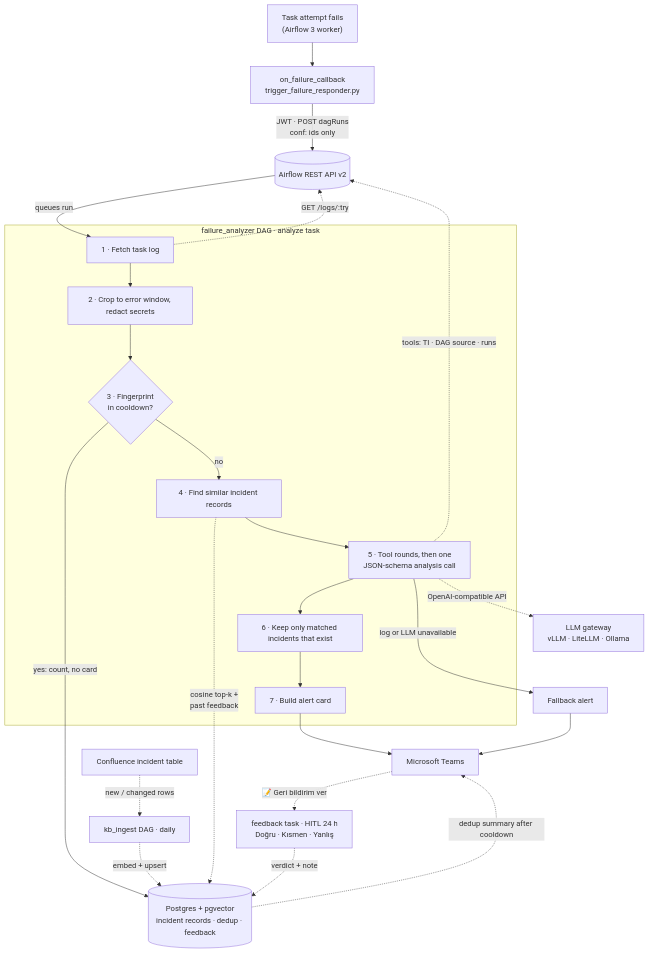
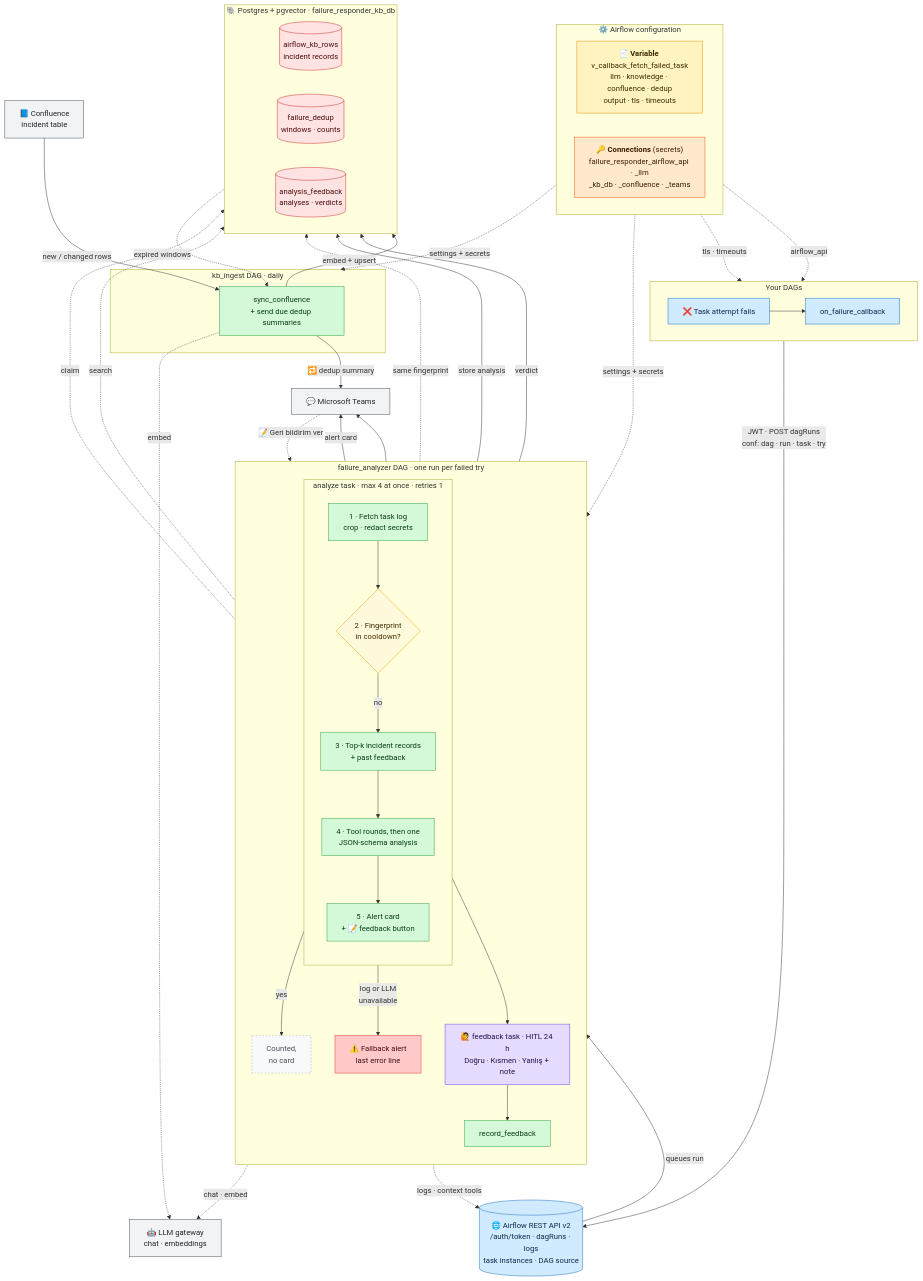
The diagram in README.md (simsektalha/airflow-alert-system), drawn with Mermaid before and after one commit. The commit also changed other lines of this file, not shown here.

Commit message:
docs: one detailed, colored flow diagram in the README
Shows where config comes from (Variable fields, the five Connections and
which component reads them), the callback trigger, the failure_analyzer
tasks, the three Postgres tables and who reads/writes them, kb_ingest,
the LLM gateway, Teams and the feedback loop. Replaces the two smaller
diagrams.

Claude-Session: https://claude.ai/code/session_01RZ6KfQvzTQMGVEm1hfoVWA

````diff
--- a/README.md
+++ b/README.md
@@ -11,31 +11,99 @@
 ```mermaid
 flowchart TB
-    fail["Task attempt fails<br/>(Airflow 3 worker)"] --> cb["on_failure_callback<br/>trigger_failure_responder.py"]
-    cb -- "JWT · POST dagRuns<br/>conf: ids only" --> api[("Airflow REST API v2")]
-    api -- "queues run" --> fetch
+    subgraph CFG["⚙️ Airflow configuration"]
+        direction LR
+        VAR["📄 <b>Variable</b> v_callback_fetch_failed_task<br/>llm · knowledge · confluence · dedup<br/>output · tls · timeouts"]
+        CONNS["🔑 <b>Connections</b> (secrets)<br/>failure_responder_airflow_api · _llm<br/>_kb_db · _confluence · _teams"]
+    end
 
-    subgraph analyzer["failure_analyzer DAG · analyze task"]
-        fetch["1 · Fetch task log"] --> crop["2 · Crop to error window, redact secrets"]
-        crop --> dedup{"3 · Fingerprint<br/>in cooldown?"}
-        dedup -- "no" --> find["4 · Find similar incident records"]
-        find --> llm["5 · Tool rounds, then one<br/>JSON-schema analysis call"]
-        llm --> map["6 · Keep only matched incidents that exist"]
-        map --> card["7 · Build alert card"]
+    subgraph YOURS["Your DAGs"]
+        direction LR
+        TASK["❌ Task attempt fails"] --> CB["on_failure_callback"]
     end
-    dedup -- "yes: count, no card" --> pg
 
-    ingest["kb_ingest DAG · daily"]
-    hitl["feedback task · HITL 24 h<br/>Doğru · Kısmen · Yanlış"]
+    API[("🌐 Airflow REST API v2<br/>/auth/token · dagRuns · logs<br/>task instances · DAG source")]
 
-    fetch -. "GET /logs/:try" .-> api
-    conf["Confluence incident table"] -. "new / changed rows" .-> ingest
-    ingest -. "embed + upsert" .-> pg[("Postgres + pgvector<br/>incident records · dedup · feedback")]
-    find -. "cosine top-k +<br/>past feedback" .-> pg
-    llm -. "tools: TI · DAG source · runs" .-> api
-    llm -. "OpenAI-compatible API" .-> gw["LLM gateway<br/>vLLM · LiteLLM · Ollama"]
-    card --> teams["Microsoft Teams"]
-    llm -- "log or LLM unavailable" --> fb["Fallback alert"] --> teams
-    pg -. "dedup summary after cooldown" .-> teams
-    teams -. "📝 Geri bildirim ver" .-> hitl
-    hitl -. "verdict + note" .-> pg
+    subgraph FA["failure_analyzer DAG · one run per failed try"]
+        direction TB
+        subgraph AN["analyze task · max 4 at once · retries 1"]
+            direction TB
+            A1["1 · Fetch task log<br/>crop · redact secrets"]
+            A2{"2 · Fingerprint<br/>in cooldown?"}
+            A3["3 · Top-k incident records<br/>+ past feedback"]
+            A4["4 · Tool rounds, then one<br/>JSON-schema analysis"]
+            A5["5 · Alert card<br/>+ 📝 feedback button"]
+            A1 --> A2
+            A2 -- "no" --> A3 --> A4 --> A5
+        end
+        SKIP["Counted,<br/>no card"]
+        FB["⚠️ Fallback alert<br/>last error line"]
+        HITL["🙋 feedback task · HITL 24 h<br/>Doğru · Kısmen · Yanlış + note"]
+        REC["record_feedback"]
+        A2 -- "yes" --> SKIP
+        A4 -- "log or LLM<br/>unavailable" --> FB
+        A5 --> HITL --> REC
+    end
+
+    subgraph KI["kb_ingest DAG · daily"]
+        SYNC["sync_confluence<br/>+ send due dedup summaries"]
+    end
+
+    subgraph PG["🐘 Postgres + pgvector · failure_responder_kb_db"]
+        direction LR
+        T_KB[("airflow_kb_rows<br/>incident records")]
+        T_DD[("failure_dedup<br/>windows · counts")]
+        T_FB[("analysis_feedback<br/>analyses · verdicts")]
+    end
+
+    CONF["📘 Confluence<br/>incident table"]
+    GW["🤖 LLM gateway<br/>chat · embeddings"]
+    TEAMS["💬 Microsoft Teams"]
+
+    VAR -. "tls · timeouts" .-> CB
+    CONNS -. "airflow_api" .-> CB
+    CFG -. "settings + secrets" .-> FA
+    CFG -. "settings + secrets" .-> KI
+
+    CB -- "JWT · POST dagRuns<br/>conf: dag · run · task · try" --> API
+    API -- "queues run" --> A1
+    AN -. "logs · context tools" .-> API
+
+    A2 -. "claim" .-> T_DD
+    A3 -. "search" .-> T_KB
+    A3 -. "same fingerprint" .-> T_FB
+    A4 -. "chat · embed" .-> GW
+    A5 -- "store analysis" --> T_FB
+    REC -- "verdict" --> T_FB
+
+    A5 -- "alert card" --> TEAMS
+    FB --> TEAMS
+    TEAMS -. "📝 Geri bildirim ver" .-> HITL
+
+    CONF -- "new / changed rows" --> SYNC
+    SYNC -- "embed + upsert" --> T_KB
+    SYNC -. "embed" .-> GW
+    T_DD -. "expired windows" .-> SYNC
+    SYNC -- "🔁 dedup summary" --> TEAMS
+
+    classDef config fill:#fff3bf,stroke:#f08c00,color:#3d2c00
+    classDef secret fill:#ffe8cc,stroke:#e8590c,color:#3d1f00
+    classDef airflow fill:#d0ebff,stroke:#1971c2,color:#0b2a4a
+    classDef task fill:#d3f9d8,stroke:#2f9e44,color:#0b3d17
+    classDef decision fill:#fff9db,stroke:#f59f00,color:#3d2c00
+    classDef store fill:#ffe3e3,stroke:#c92a2a,color:#4a0b0b
+    classDef external fill:#f1f3f5,stroke:#495057,color:#212529
+    classDef alert fill:#ffc9c9,stroke:#e03131,color:#4a0b0b
+    classDef human fill:#e5dbff,stroke:#7048e8,color:#24124a
+    classDef muted fill:#f8f9fa,stroke:#adb5bd,color:#495057,stroke-dasharray:4 3
+
+    class VAR config
+    class CONNS secret
+    class TASK,CB,API airflow
+    class A1,A3,A4,A5,REC,SYNC task
+    class A2 decision
+    class T_KB,T_DD,T_FB store
+    class CONF,GW,TEAMS external
+    class FB alert
+    class HITL human
+    class SKIP muted
 ```
````
